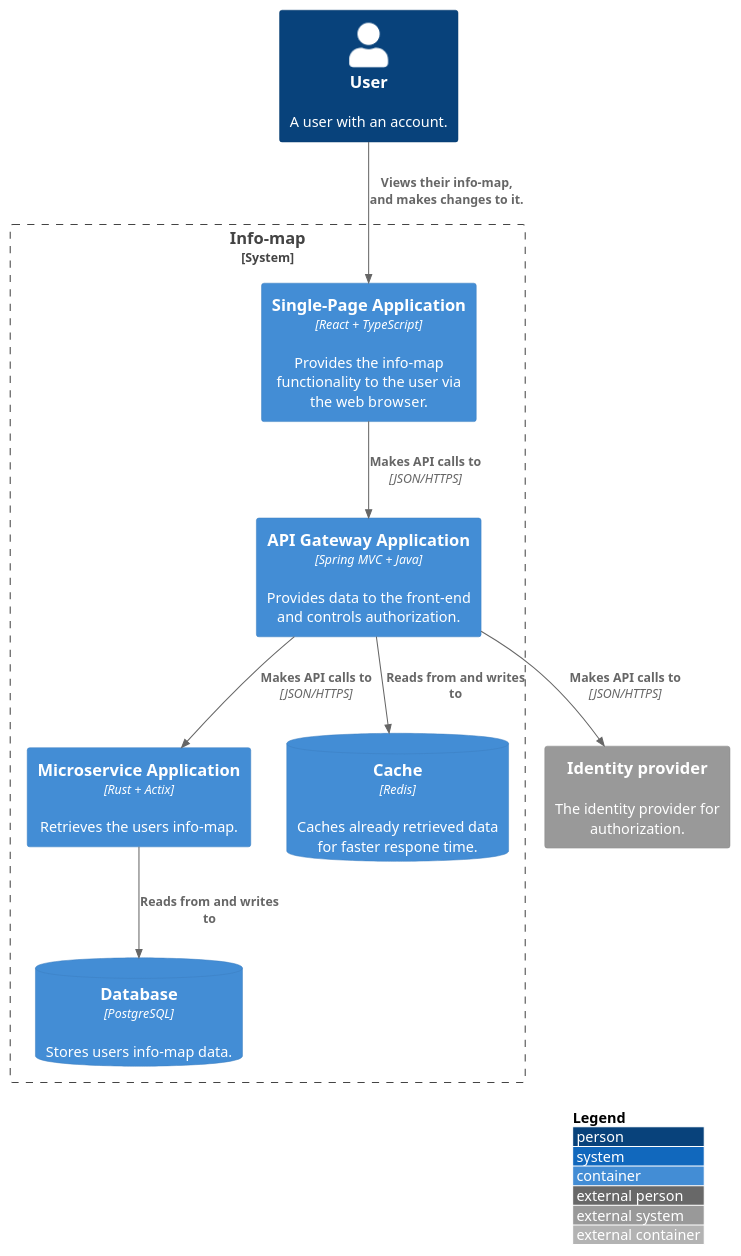
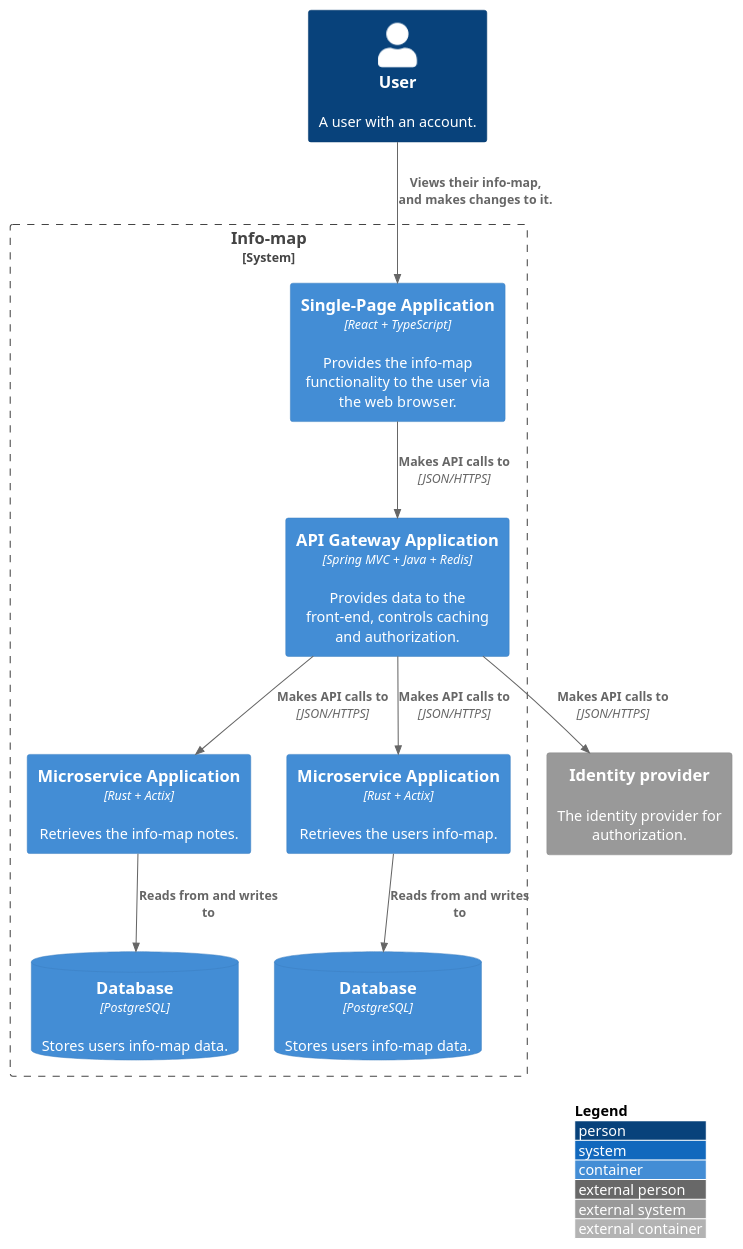
The diagram in diagrams/container.puml (FHICT-S-Koen/info-map-docs), drawn with PlantUML before and after one commit.

```diff
--- a/diagrams/container.puml
+++ b/diagrams/container.puml
@@ -1,26 +1,28 @@
 @startuml C4_Elements
 !include https://raw.githubusercontent.com/plantuml-stdlib/C4-PlantUML/master/C4_Container.puml
 
 LAYOUT_WITH_LEGEND()
 
 Person(user, "User", "A user with an account.")
 
 System_Ext(auth, "Identity provider", "The identity provider for authorization.")
 
 System_Boundary(boundry, "Info-map"){
 	Container(spa, "Single-Page Application", "React + TypeScript", "Provides the info-map functionality to the user via the web browser.")
-	Container(api, "API Gateway Application", "Spring MVC + Java", "Provides data to the front-end and controls authorization.")
-	Container(micro, "Microservice Application", "Rust + Actix", "Retrieves the users info-map.")
-	ContainerDb(db, "Database", "PostgreSQL", "Stores users info-map data.")
-	ContainerDb(cache, "Cache", "Redis", "Caches already retrieved data for faster respone time.")
+	Container(api, "API Gateway Application", "Spring MVC + Java + Redis", "Provides data to the front-end, controls caching and authorization.")
+	Container(note_service, "Microservice Application", "Rust + Actix", "Retrieves the info-map notes.")
+	ContainerDb(note_db, "Database", "PostgreSQL", "Stores users info-map data.")
+	Container(map_service, "Microservice Application", "Rust + Actix", "Retrieves the users info-map.")
+	ContainerDb(map_db, "Database", "PostgreSQL", "Stores users info-map data.")
 }
 Rel(user, spa, "Views their info-map, and makes changes to it.")
 
 Rel(spa, api, "Makes API calls to", "JSON/HTTPS")
 
 Rel(api, auth, "Makes API calls to", "JSON/HTTPS")
-Rel(api, cache, "Reads from and writes to")
-Rel(api, micro, "Makes API calls to", "JSON/HTTPS")
+Rel(api, note_service, "Makes API calls to", "JSON/HTTPS")
+Rel(api, map_service, "Makes API calls to", "JSON/HTTPS")
 
-Rel(micro, db, "Reads from and writes to")
+Rel(note_service, note_db, "Reads from and writes to")
+Rel(map_service, map_db, "Reads from and writes to")
 @enduml
```
